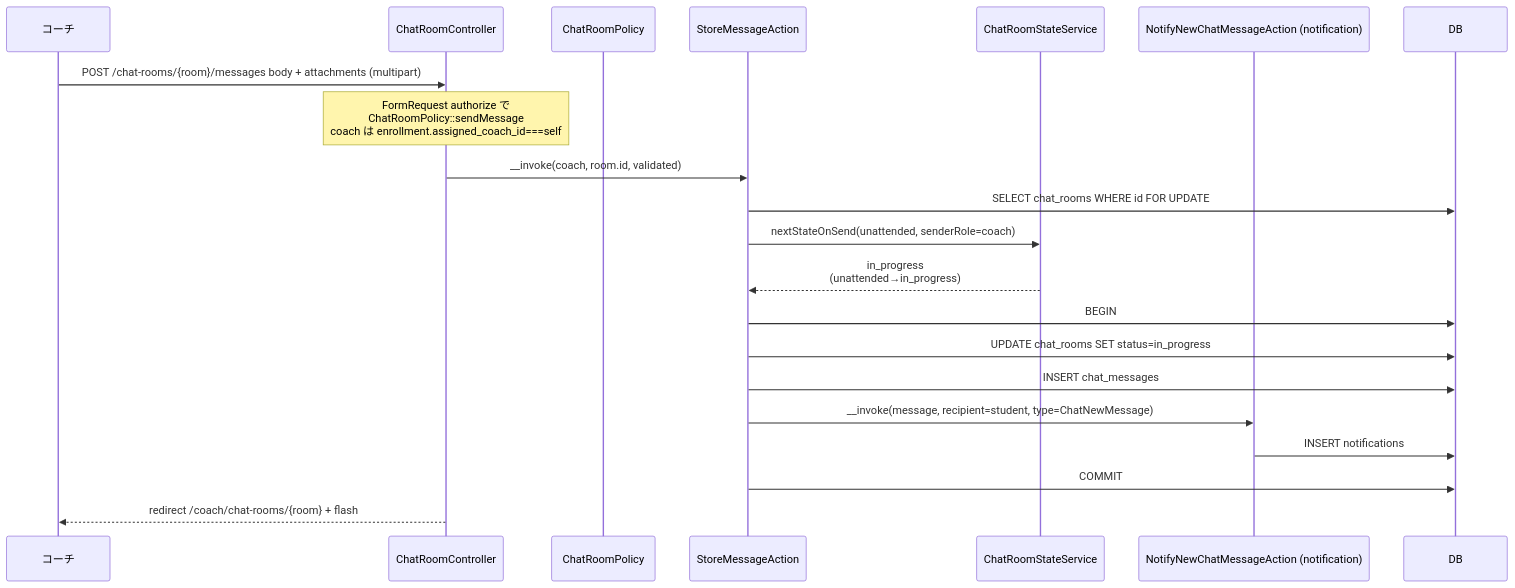
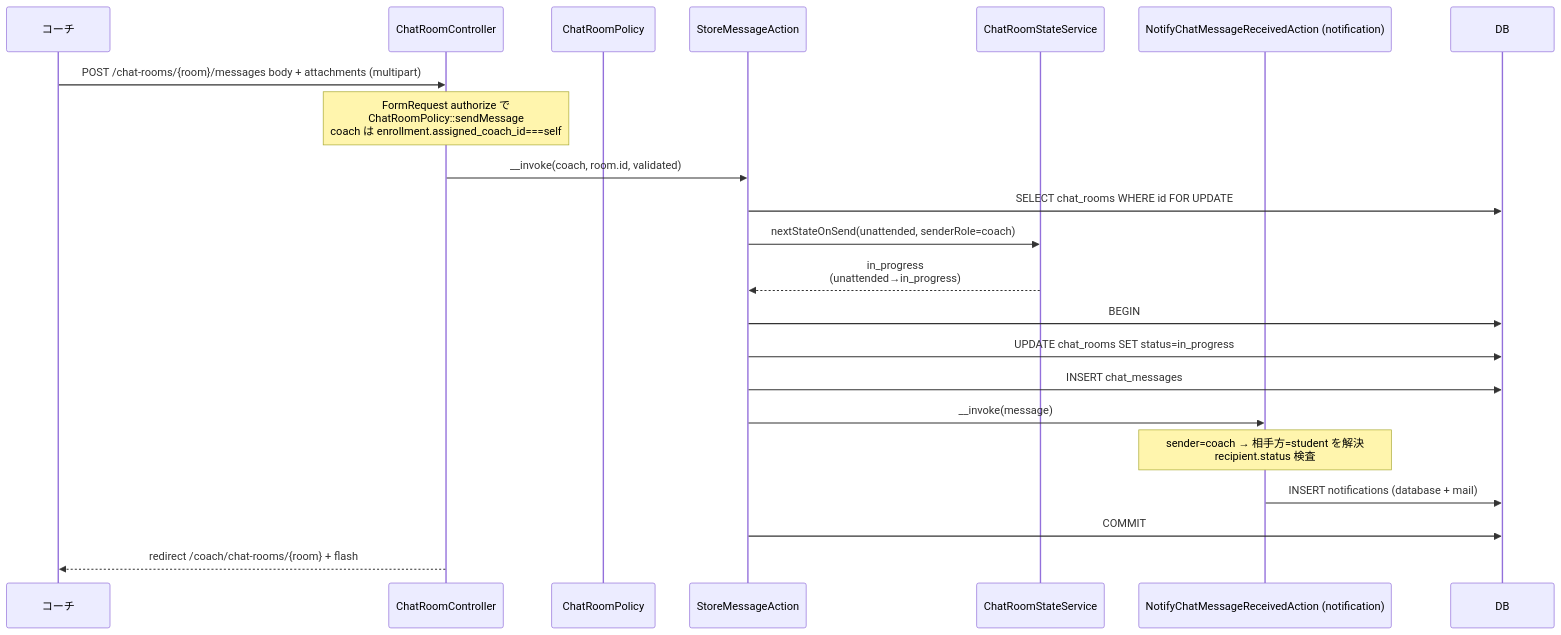
The second of 7 diagrams in docs/specs/chat/design.md (coachtech-mockcase-second/ExampleAnswer-mockcase-CertifyLMS), drawn with Mermaid before and after one commit. The commit also changed other lines of this file and 17 other files, not shown here.

````diff
--- a/docs/specs/chat/design.md
+++ b/docs/specs/chat/design.md
@@ -56,24 +57,25 @@
 ```mermaid
 sequenceDiagram
     participant Coach as コーチ
     participant CRC as ChatRoomController
     participant Pol as ChatRoomPolicy
     participant SMA as StoreMessageAction
     participant CRS as ChatRoomStateService
-    participant Notif as NotifyNewChatMessageAction (notification)
+    participant Notif as NotifyChatMessageReceivedAction (notification)
     participant DB as DB
 
     Coach->>CRC: POST /chat-rooms/{room}/messages body + attachments (multipart)
     Note over CRC: FormRequest authorize で<br/>ChatRoomPolicy::sendMessage<br/>coach は enrollment.assigned_coach_id===self
     CRC->>SMA: __invoke(coach, room.id, validated)
     SMA->>DB: SELECT chat_rooms WHERE id FOR UPDATE
     SMA->>CRS: nextStateOnSend(unattended, senderRole=coach)
     CRS-->>SMA: in_progress<br/>(unattended→in_progress)
     SMA->>DB: BEGIN
     SMA->>DB: UPDATE chat_rooms SET status=in_progress
     SMA->>DB: INSERT chat_messages
-    SMA->>Notif: __invoke(message, recipient=student, type=ChatNewMessage)
-    Notif->>DB: INSERT notifications
+    SMA->>Notif: __invoke(message)
+    Note over Notif: sender=coach → 相手方=student を解決<br/>recipient.status 検査
+    Notif->>DB: INSERT notifications (database + mail)
     SMA->>DB: COMMIT
     CRC-->>Coach: redirect /coach/chat-rooms/{room} + flash
 ```
````
